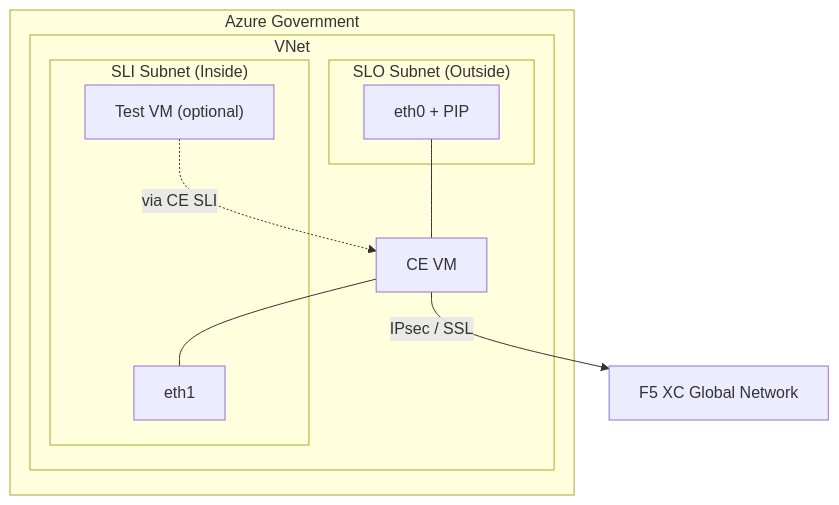
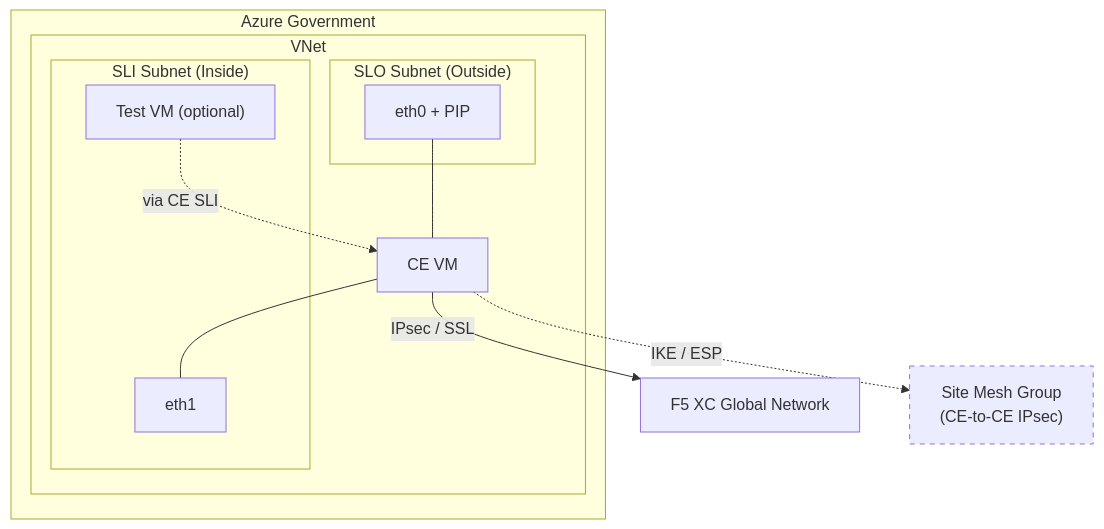
One commit to Mikej81/xc-ce-azure-gov-tf changed the diagram in README.md. Above: the diagram before and after it, drawn with Mermaid.

Commit message:
diagram test

````diff
--- a/README.md
+++ b/README.md
@@ -9,18 +9,21 @@
 ```mermaid
 graph TD
     subgraph AzureGov["Azure Government"]
         subgraph VNet["VNet"]
             subgraph SLO["SLO Subnet (Outside)"]
                 ETH0["eth0 + PIP"]
             end
             subgraph SLI["SLI Subnet (Inside)"]
                 ETH1["eth1"]
                 TestVM["Test VM (optional)"]
             end
             ETH0 --- CE["CE VM"]
             CE --- ETH1
         end
     end
     CE -->|"IPsec / SSL"| XC["F5 XC Global Network"]
+    CE -.->|"IKE / ESP"| SMG["Site Mesh Group\n(CE-to-CE IPsec)"]:::dashed
     TestVM -.->|"via CE SLI"| CE
+
+    classDef dashed stroke-dasharray: 5 5
 ```
````
